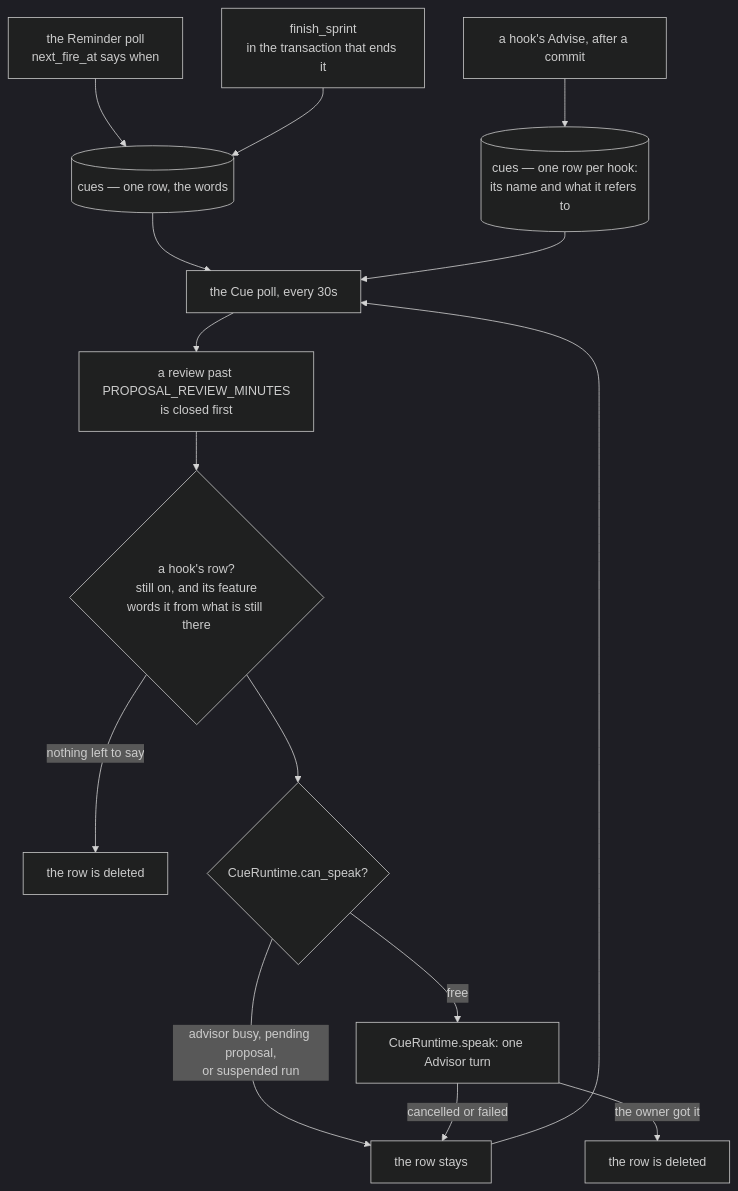
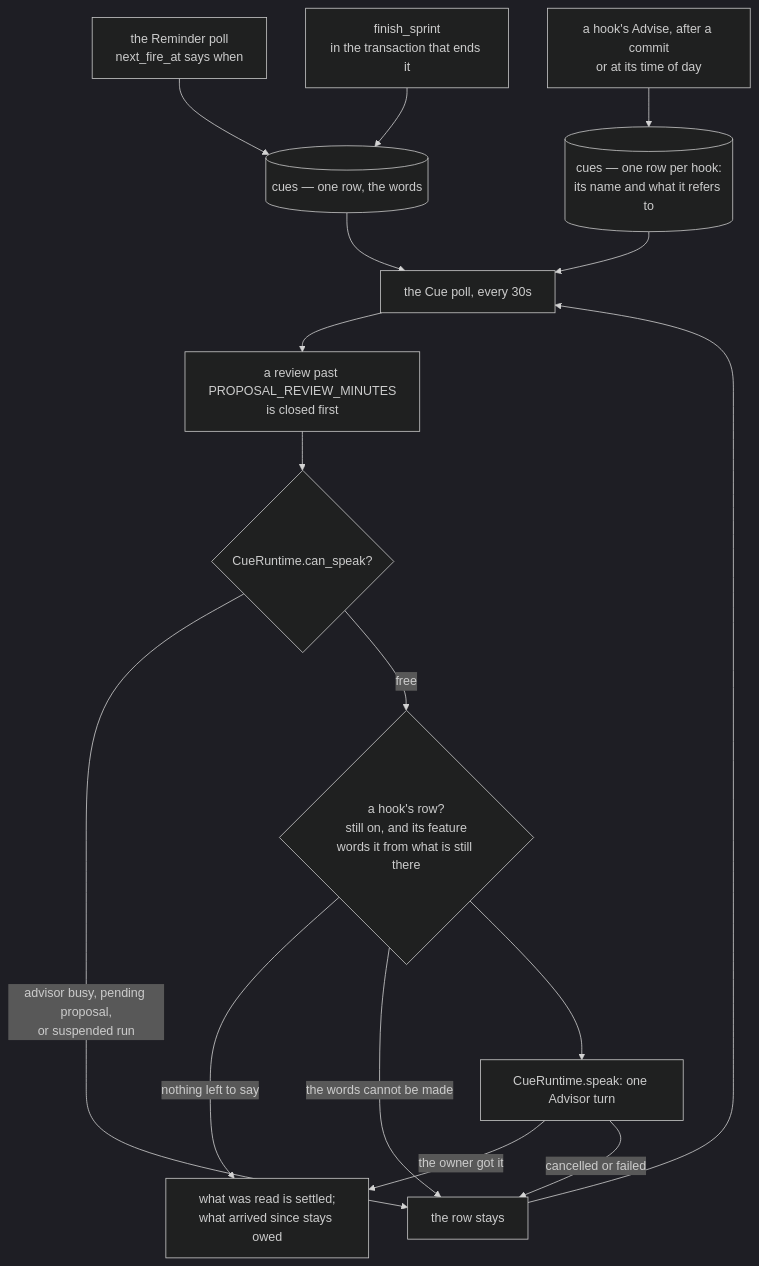
Before and after one commit to myvaheed/tg-ai-safwa: the ninth of 13 diagrams in docs/AGENT_ARCH.md, drawn with Mermaid (dark theme). The commit also changed other lines of this file and 26 other files, not shown here.

Commit message:
v9.61 a hook on a time of day asks each morning about Goals without Actions; the Cue queue words a request only once the chat is free and settles only what it read

````diff
--- a/docs/AGENT_ARCH.md
+++ b/docs/AGENT_ARCH.md
@@ -438,17 +438,18 @@
 ```mermaid
 flowchart TB
     RM[the Reminder poll<br/>next_fire_at says when] --> ROW
     SP[finish_sprint<br/>in the transaction that ends it] --> ROW[(cues — one row, the words)]
-    HK[a hook's Advise, after a commit] --> HROW[(cues — one row per hook:<br/>its name and what it refers to)]
+    HK[a hook's Advise, after a commit<br/>or at its time of day] --> HROW[(cues — one row per hook:<br/>its name and what it refers to)]
     ROW --> CQ[the Cue poll, every 30s]
     HROW --> CQ
     CQ --> EXP[a review past PROPOSAL_REVIEW_MINUTES<br/>is closed first]
-    EXP --> PREP{a hook's row?<br/>still on, and its feature<br/>words it from what is still there}
-    PREP -->|nothing left to say| DROP[the row is deleted]
-    PREP --> GATE{CueRuntime.can_speak?}
+    EXP --> GATE{CueRuntime.can_speak?}
     GATE -->|advisor busy, pending proposal,<br/>or suspended run| WAIT[the row stays]
-    GATE -->|free| TURN[CueRuntime.speak: one Advisor turn]
-    TURN -->|the owner got it| DEL[the row is deleted]
+    GATE -->|free| PREP{a hook's row?<br/>still on, and its feature<br/>words it from what is still there}
+    PREP -->|nothing left to say| DEL
+    PREP -->|the words cannot be made| WAIT
+    PREP --> TURN[CueRuntime.speak: one Advisor turn]
+    TURN -->|the owner got it| DEL[what was read is settled;<br/>what arrived since stays owed]
     TURN -->|cancelled or failed| WAIT
     WAIT --> CQ
 ```
````
